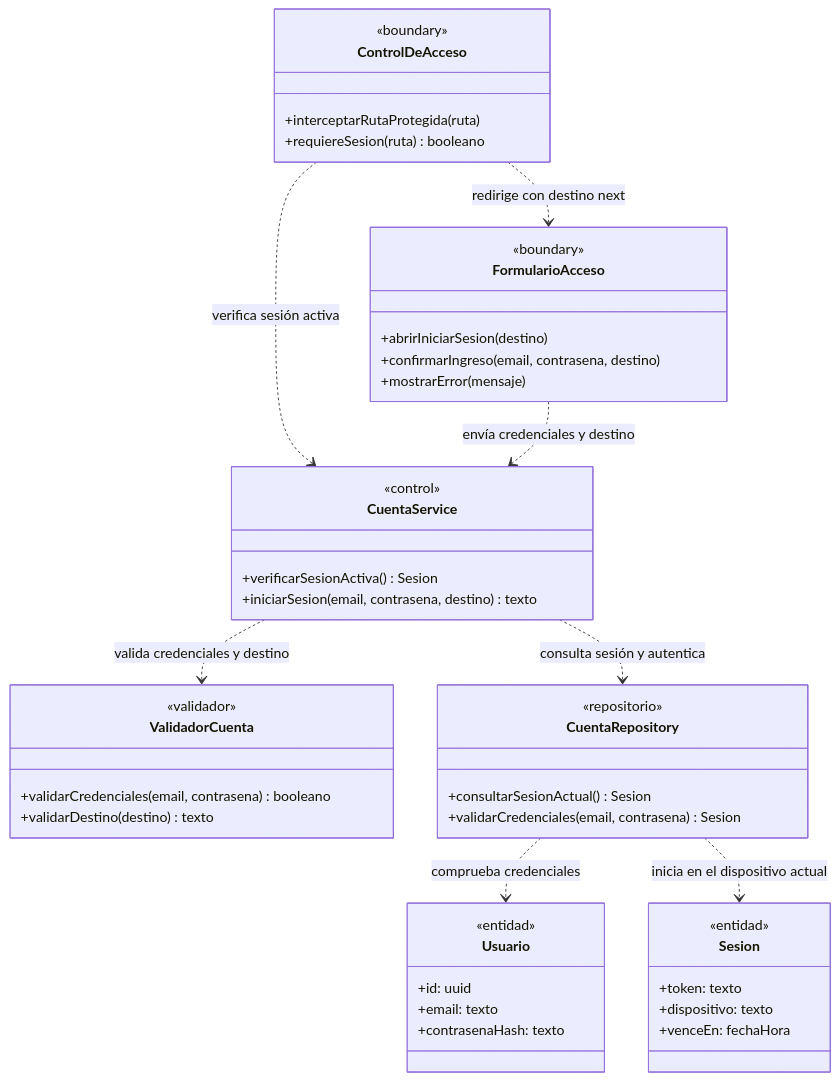
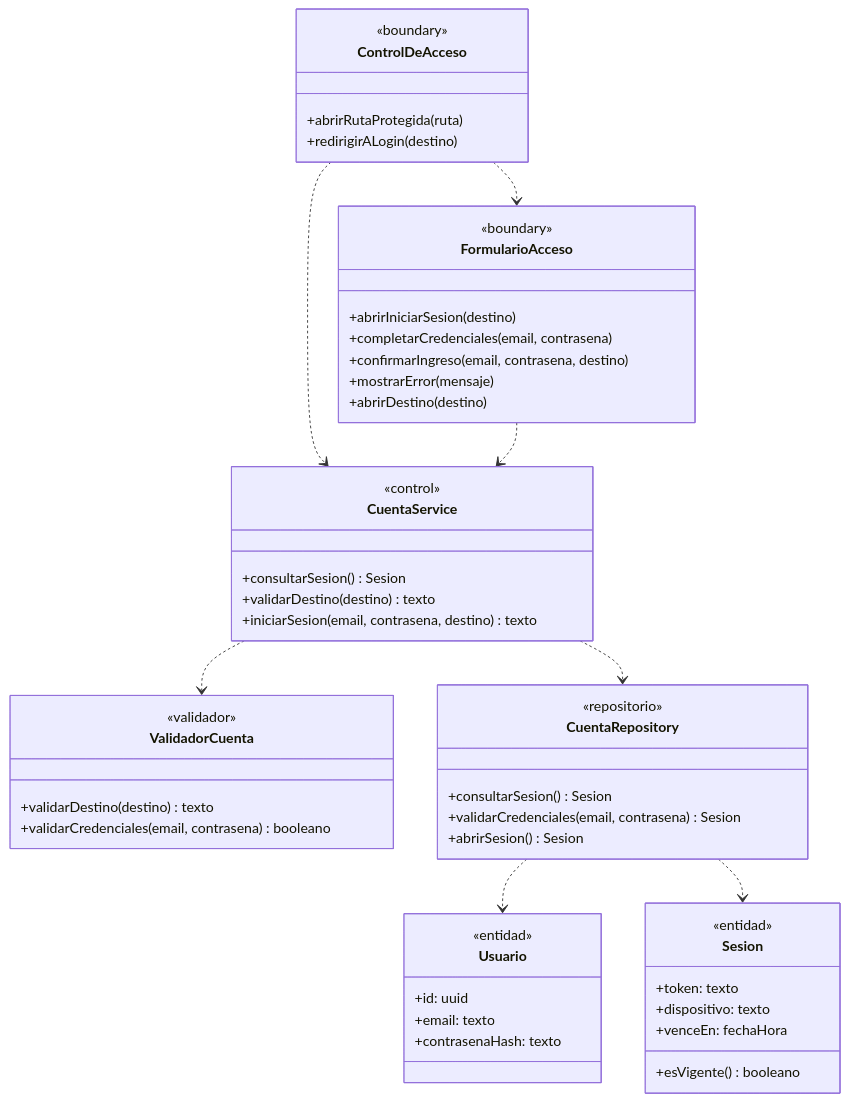
One commit to nicqletal/torneos-scraper changed the third of 7 diagrams in docs/diagramas-de-clase/cuenta-y-acceso.md. Above: the diagram before and after it, drawn with Mermaid. The commit also changed other lines of this file and 13 other files, not shown here.

````diff
--- a/docs/diagramas-de-clase/cuenta-y-acceso.md
+++ b/docs/diagramas-de-clase/cuenta-y-acceso.md
@@ -176,49 +197,53 @@
 ```mermaid
 classDiagram
-direction TB
 class ControlDeAcceso {
   <<boundary>>
-  +interceptarRutaProtegida(ruta)
-  +requiereSesion(ruta) booleano
+  +abrirRutaProtegida(ruta)
+  +redirigirALogin(destino)
 }
 class FormularioAcceso {
   <<boundary>>
   +abrirIniciarSesion(destino)
+  +completarCredenciales(email, contrasena)
   +confirmarIngreso(email, contrasena, destino)
   +mostrarError(mensaje)
+  +abrirDestino(destino)
 }
 class CuentaService {
   <<control>>
-  +verificarSesionActiva() Sesion
+  +consultarSesion() Sesion
+  +validarDestino(destino) texto
   +iniciarSesion(email, contrasena, destino) texto
 }
 class ValidadorCuenta {
   <<validador>>
+  +validarDestino(destino) texto
   +validarCredenciales(email, contrasena) booleano
-  +validarDestino(destino) texto
 }
 class CuentaRepository {
   <<repositorio>>
-  +consultarSesionActual() Sesion
+  +consultarSesion() Sesion
   +validarCredenciales(email, contrasena) Sesion
+  +abrirSesion() Sesion
 }
 class Usuario {
   <<entidad>>
   +id: uuid
   +email: texto
   +contrasenaHash: texto
 }
 class Sesion {
   <<entidad>>
   +token: texto
   +dispositivo: texto
   +venceEn: fechaHora
+  +esVigente() booleano
 }
-ControlDeAcceso ..> CuentaService : verifica sesión activa
-ControlDeAcceso ..> FormularioAcceso : redirige con destino next
-FormularioAcceso ..> CuentaService : envía credenciales y destino
-CuentaService ..> ValidadorCuenta : valida credenciales y destino
-CuentaService ..> CuentaRepository : consulta sesión y autentica
-CuentaRepository ..> Usuario : comprueba credenciales
-CuentaRepository ..> Sesion : inicia en el dispositivo actual
+ControlDeAcceso ..> CuentaService
+ControlDeAcceso ..> FormularioAcceso
+FormularioAcceso ..> CuentaService
+CuentaService ..> ValidadorCuenta
+CuentaService ..> CuentaRepository
+CuentaRepository ..> Usuario
+CuentaRepository ..> Sesion
 ```
````
